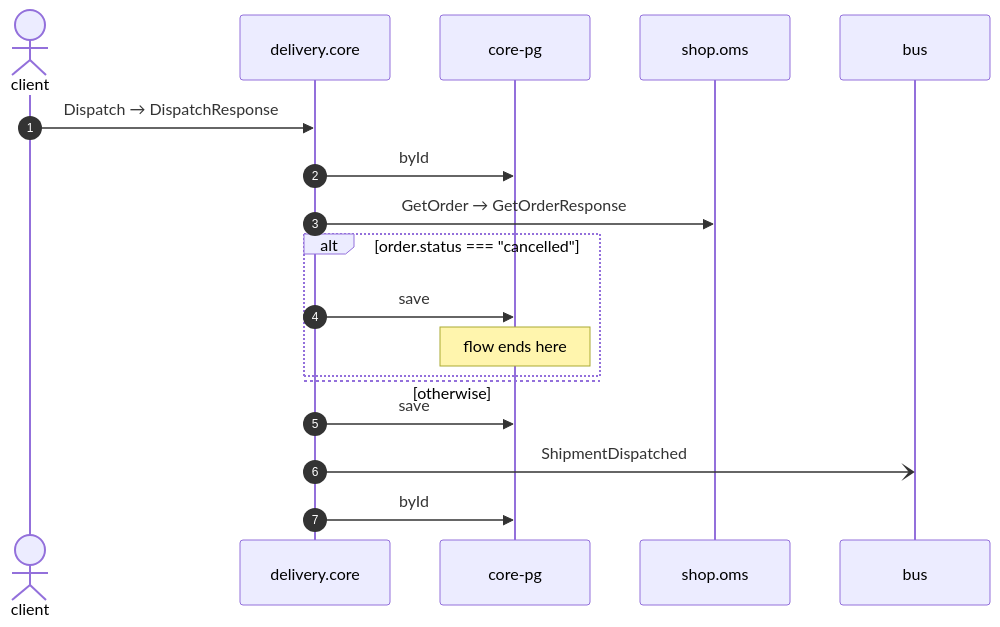
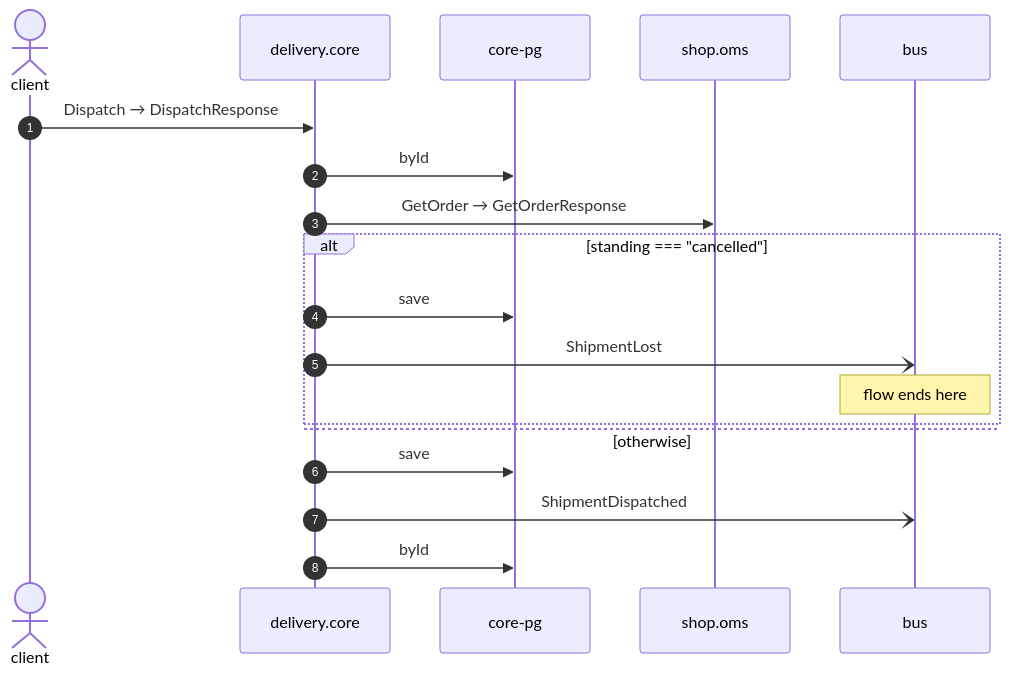
The diagram in docs/flows/core-dispatch.md (shortlink-org/portolan), drawn with Mermaid before and after one commit. The commit also changed other lines of this file and 171 other files, not shown here.

````diff
--- a/docs/flows/core-dispatch.md
+++ b/docs/flows/core-dispatch.md
@@ -23,20 +23,21 @@
 ```mermaid
 sequenceDiagram
     autonumber
     actor p0 as client
     participant p1 as delivery.core
     participant p2 as core-pg
     participant p3 as shop.oms
     participant p4 as bus
     p0->>p1: Dispatch → DispatchResponse
     p1->>p2: byId
     p1->>p3: GetOrder → GetOrderResponse
-    alt order.status === "cancelled"
+    alt standing === "cancelled"
         p1->>p2: save
-        Note over p2: flow ends here
+        p1-)p4: ShipmentLost
+        Note over p4: flow ends here
     else otherwise
     end
     p1->>p2: save
     p1-)p4: ShipmentDispatched
     p1->>p2: byId
 ```
````
